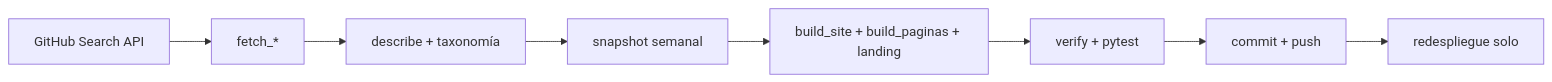
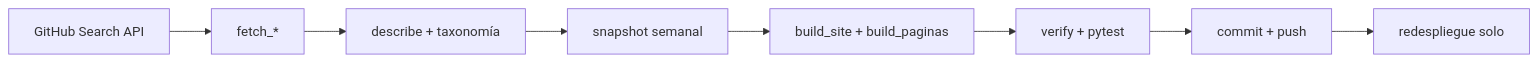
Before and after one commit to Marusan94/pulso-github: the diagram in README.md, drawn with Mermaid. The commit also changed other lines of this file and 12 other files, not shown here.

````diff
--- a/README.md
+++ b/README.md
@@ -38,10 +38,10 @@
 ```mermaid
 flowchart LR
     API[GitHub Search API] --> FETCH[fetch_*]
     FETCH --> DESC[describe + taxonomía]
     DESC --> SNAP[snapshot semanal]
-    SNAP --> BUILD[build_site + build_paginas + landing]
+    SNAP --> BUILD[build_site + build_paginas]
     BUILD --> CHECK[verify + pytest]
     CHECK --> PUSH[commit + push]
     PUSH --> DEPLOY[redespliegue solo]
 ```
````
